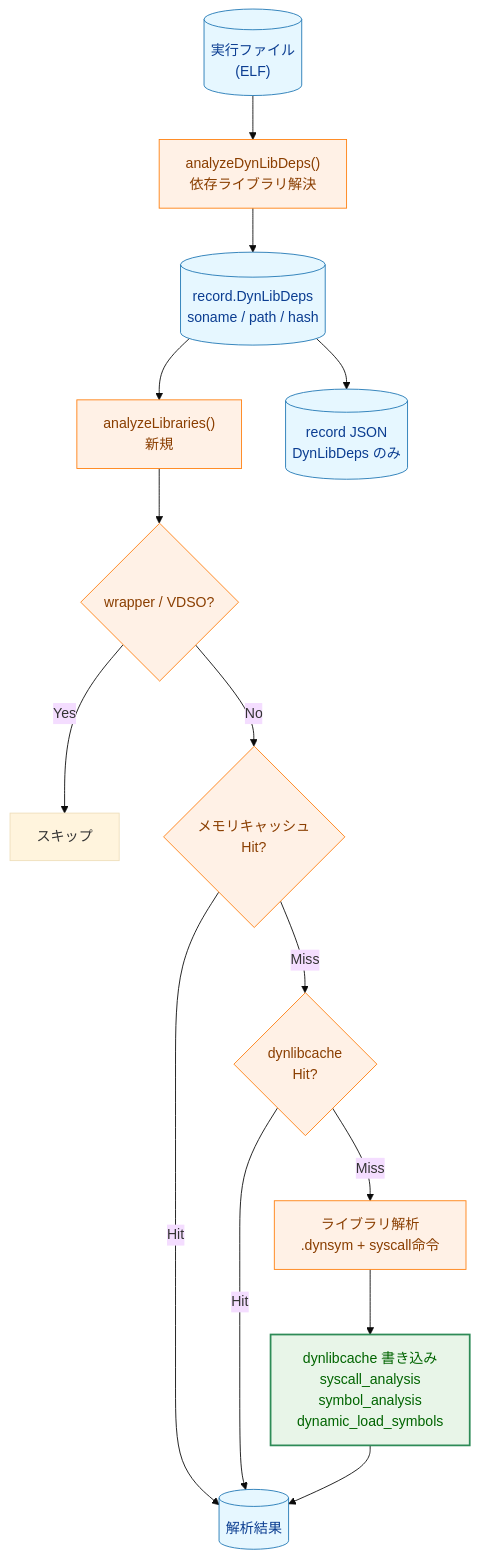
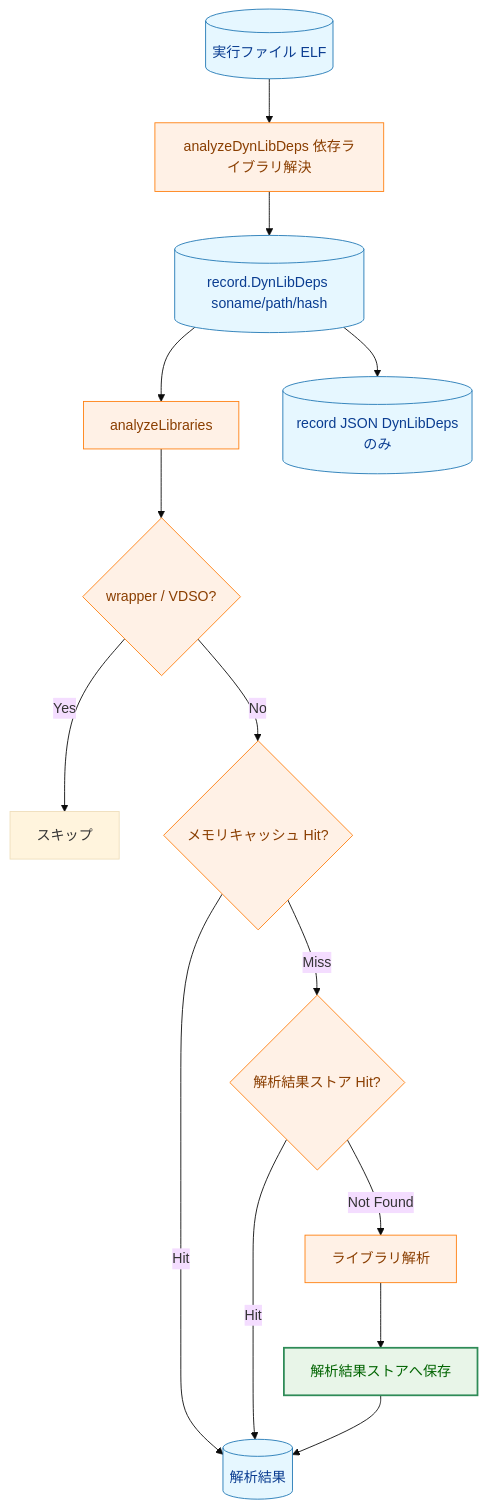
The first of 3 diagrams in docs/tasks/0124_dynlib_library_analysis_cache/02_architecture.md (isseis/go-safe-cmd-runner), drawn with Mermaid (base theme) before and after one commit. The commit also changed other lines of this file and 3 other files, not shown here.

First line of the commit message:
Refactor task 0124 docs around dynamic library analysis terminology

````diff
--- a/docs/tasks/0124_dynlib_library_analysis_cache/02_architecture.md
+++ b/docs/tasks/0124_dynlib_library_analysis_cache/02_architecture.md
@@ -16,24 +24,24 @@
 ```mermaid
 flowchart TD
     classDef data fill:#e6f7ff,stroke:#1f77b4,stroke-width:1px,color:#0b3d91;
     classDef process fill:#fff1e6,stroke:#ff7f0e,stroke-width:1px,color:#8a3e00;
     classDef enhanced fill:#e8f5e8,stroke:#2e8b57,stroke-width:2px,color:#006400;
 
-    BIN[("実行ファイル<br>(ELF)")] --> DEPS["analyzeDynLibDeps()<br>依存ライブラリ解決"]
-    DEPS --> DYNLIB[("record.DynLibDeps<br>soname / path / hash")]
-    DYNLIB --> LIBANA["analyzeLibraries()<br>新規"]
-    LIBANA --> FILTER{"wrapper / VDSO?"}
-    FILTER -->|"Yes"| SKIP["スキップ"]
-    FILTER -->|"No"| MEMCACHE{"メモリキャッシュ<br>Hit?"}
-    MEMCACHE -->|"Hit"| RESULT[("解析結果")]
-    MEMCACHE -->|"Miss"| DISKCACHE{"dynlibcache<br>Hit?"}
-    DISKCACHE -->|"Hit"| RESULT
-    DISKCACHE -->|"Miss"| ANALYZE["ライブラリ解析<br>.dynsym + syscall命令"]
-    ANALYZE --> WRITE["dynlibcache 書き込み<br>syscall_analysis<br>symbol_analysis<br>dynamic_load_symbols"]
+    BIN[(実行ファイル ELF)] --> DEPS[analyzeDynLibDeps 依存ライブラリ解決]
+    DEPS --> DYNLIB[(record.DynLibDeps soname/path/hash)]
+    DYNLIB --> LIBANA[analyzeLibraries]
+    LIBANA --> FILTER{wrapper / VDSO?}
+    FILTER -->|Yes| SKIP[スキップ]
+    FILTER -->|No| MEM{メモリキャッシュ Hit?}
+    MEM -->|Hit| RESULT[(解析結果)]
+    MEM -->|Miss| STORE{解析結果ストア Hit?}
+    STORE -->|Hit| RESULT
+    STORE -->|Not Found| ANALYZE[ライブラリ解析]
+    ANALYZE --> WRITE[解析結果ストアへ保存]
     WRITE --> RESULT
-    DYNLIB --> RECORD[("record JSON<br>DynLibDeps のみ")]
+    DYNLIB --> RECORD[(record JSON DynLibDepsのみ)]
 
     class BIN,DYNLIB,RESULT,RECORD data;
-    class DEPS,LIBANA,FILTER,MEMCACHE,DISKCACHE,ANALYZE process;
+    class DEPS,LIBANA,FILTER,MEM,STORE,ANALYZE process;
     class WRITE enhanced;
 ```
````
